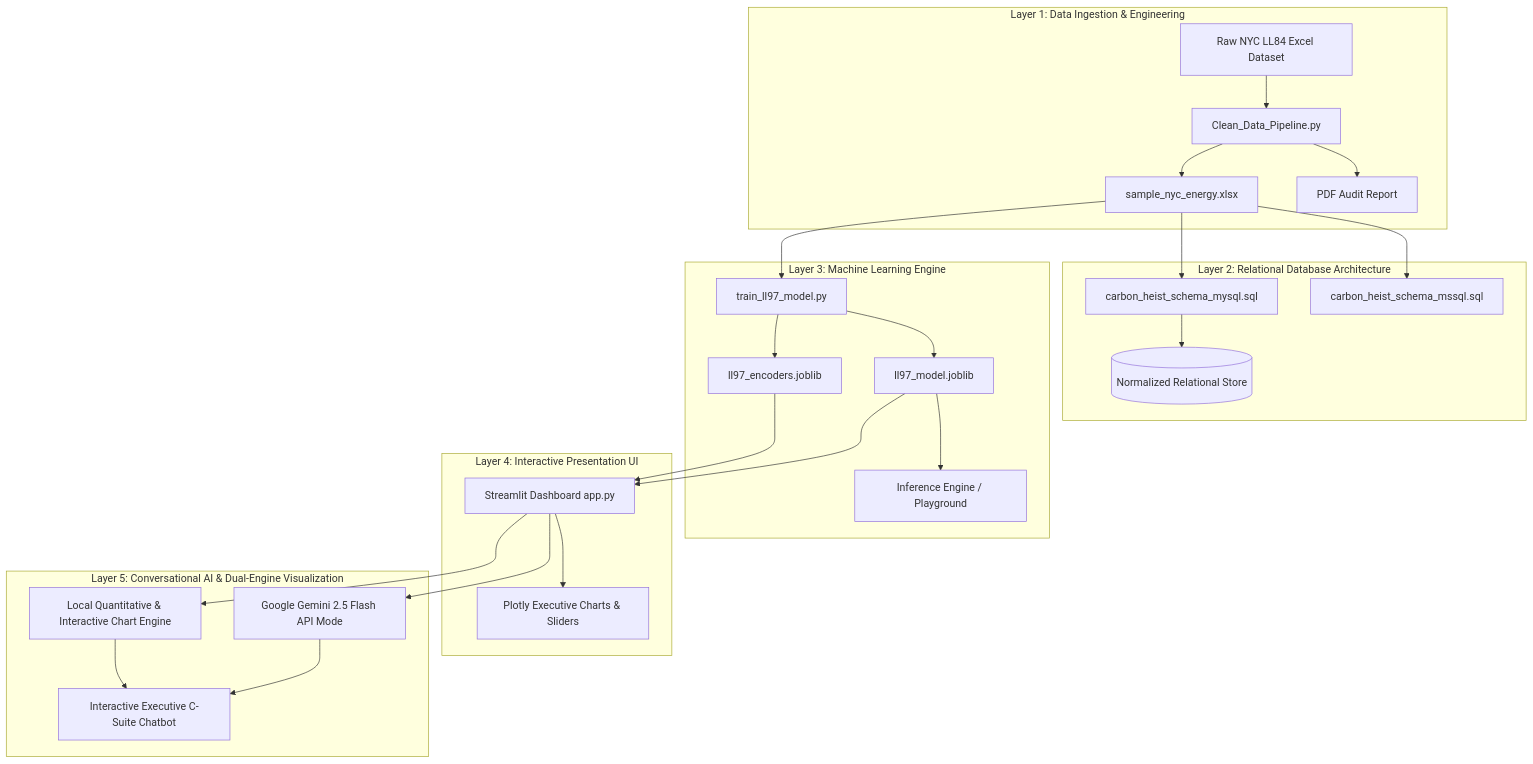
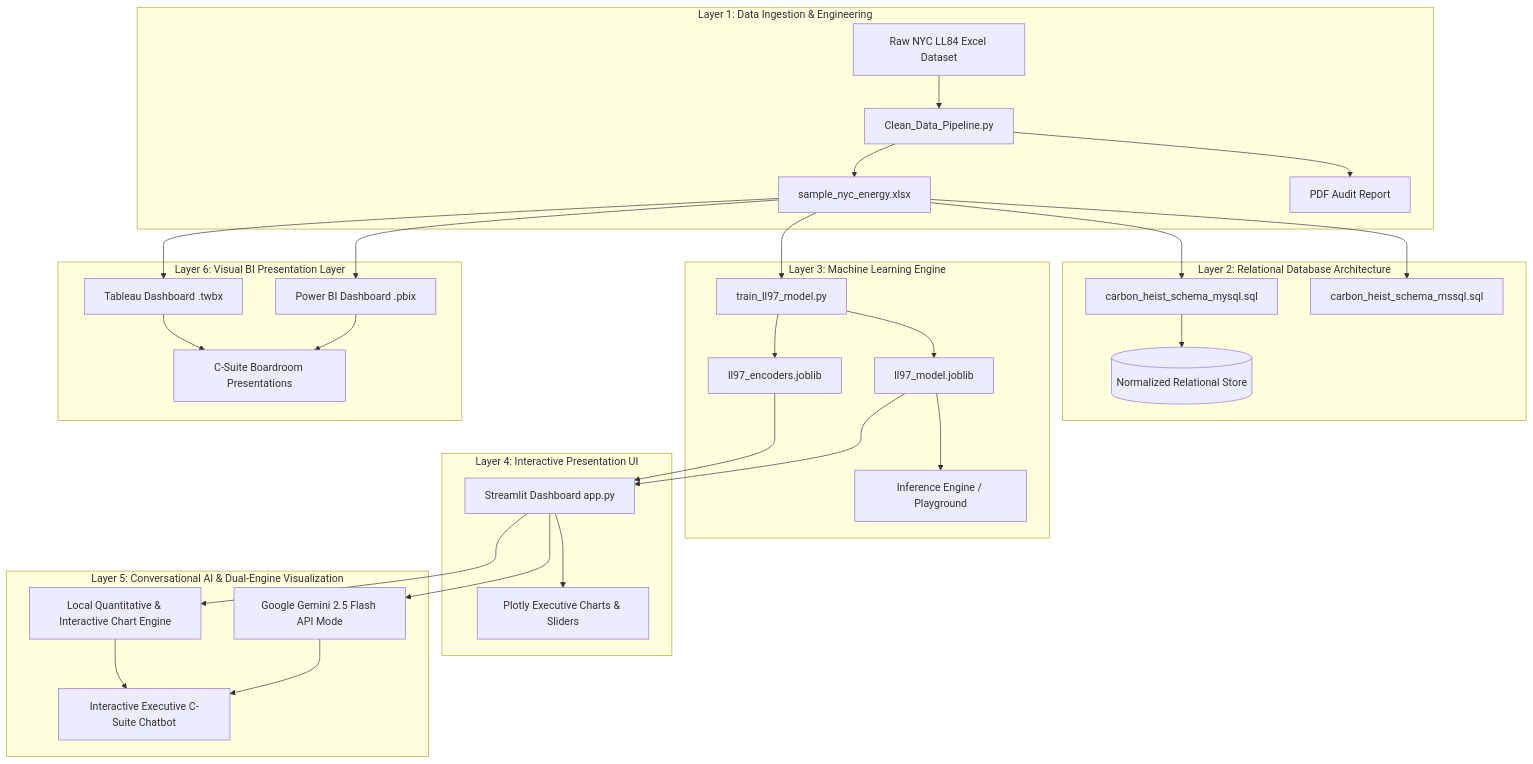
Before and after one commit to Huda-Amr/carbon-heist-mitigation: the first of 6 diagrams in Project Documentations/03_System_Analysis_and_Design.md, drawn with Mermaid. The commit also changed other lines of this file and 12 other files, not shown here.

````diff
--- a/Project Documentations/03_System_Analysis_and_Design.md
+++ b/Project Documentations/03_System_Analysis_and_Design.md
@@ -65,34 +65,41 @@
 ```mermaid
 graph TD
     subgraph L1 [Layer 1: Data Ingestion & Engineering]
         RAW[Raw NYC LL84 Excel Dataset] --> ETL[Clean_Data_Pipeline.py]
         ETL --> CLEAN[sample_nyc_energy.xlsx]
         ETL --> REPORT[PDF Audit Report]
     end
 
     subgraph L2 [Layer 2: Relational Database Architecture]
         CLEAN --> SQL_MY[carbon_heist_schema_mysql.sql]
         CLEAN --> SQL_MS[carbon_heist_schema_mssql.sql]
         SQL_MY --> DB[(Normalized Relational Store)]
     end
 
     subgraph L3 [Layer 3: Machine Learning Engine]
         CLEAN --> TRAIN[train_ll97_model.py]
         TRAIN --> MODEL[ll97_model.joblib]
         TRAIN --> ENC[ll97_encoders.joblib]
         MODEL --> INFER[Inference Engine / Playground]
     end
 
     subgraph L4 [Layer 4: Interactive Presentation UI]
         MODEL --> APP[Streamlit Dashboard app.py]
         ENC --> APP
         APP --> DASH[Plotly Executive Charts & Sliders]
     end
 
     subgraph L5 [Layer 5: Conversational AI & Dual-Engine Visualization]
         APP --> GEMINI[Google Gemini 2.5 Flash API Mode]
         APP --> LOCAL[Local Quantitative & Interactive Chart Engine]
         GEMINI --> CHAT[Interactive Executive C-Suite Chatbot]
         LOCAL --> CHAT
     end
+
+    subgraph L6 [Layer 6: Visual BI Presentation Layer]
+        CLEAN --> PBI[Power BI Dashboard .pbix]
+        CLEAN --> TAB[Tableau Dashboard .twbx]
+        PBI --> BOARD[C-Suite Boardroom Presentations]
+        TAB --> BOARD
+    end
 ```
````
